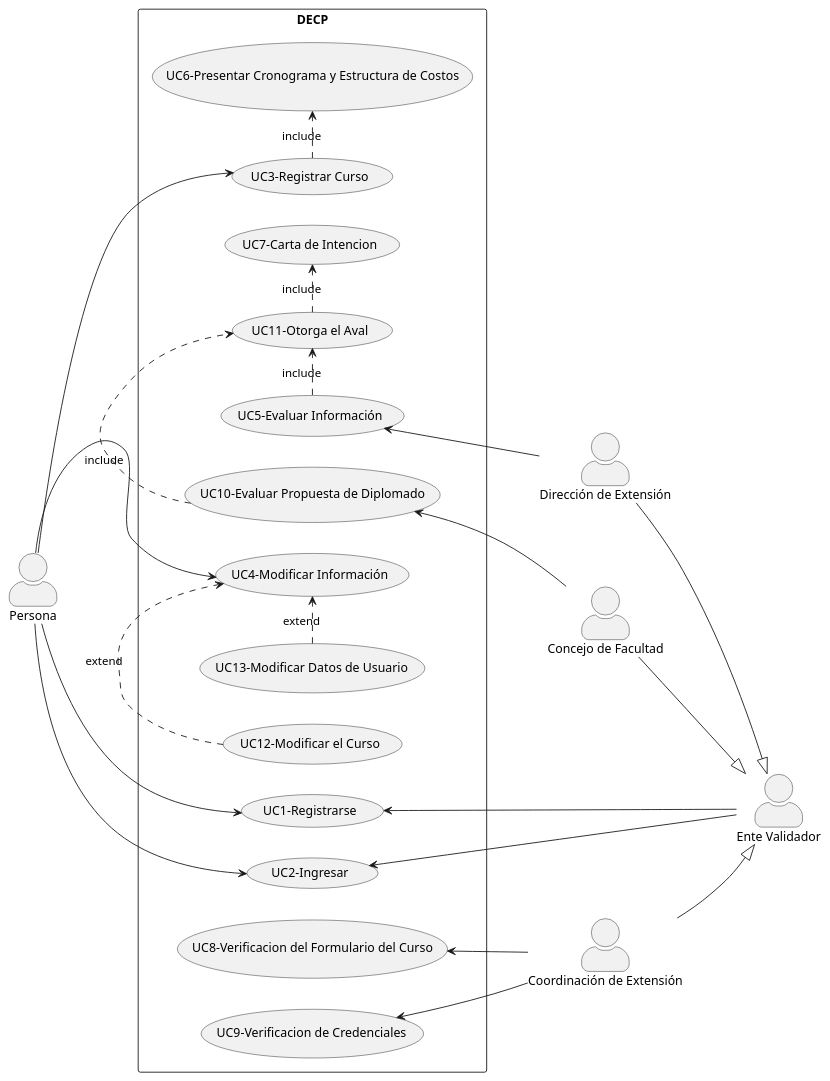
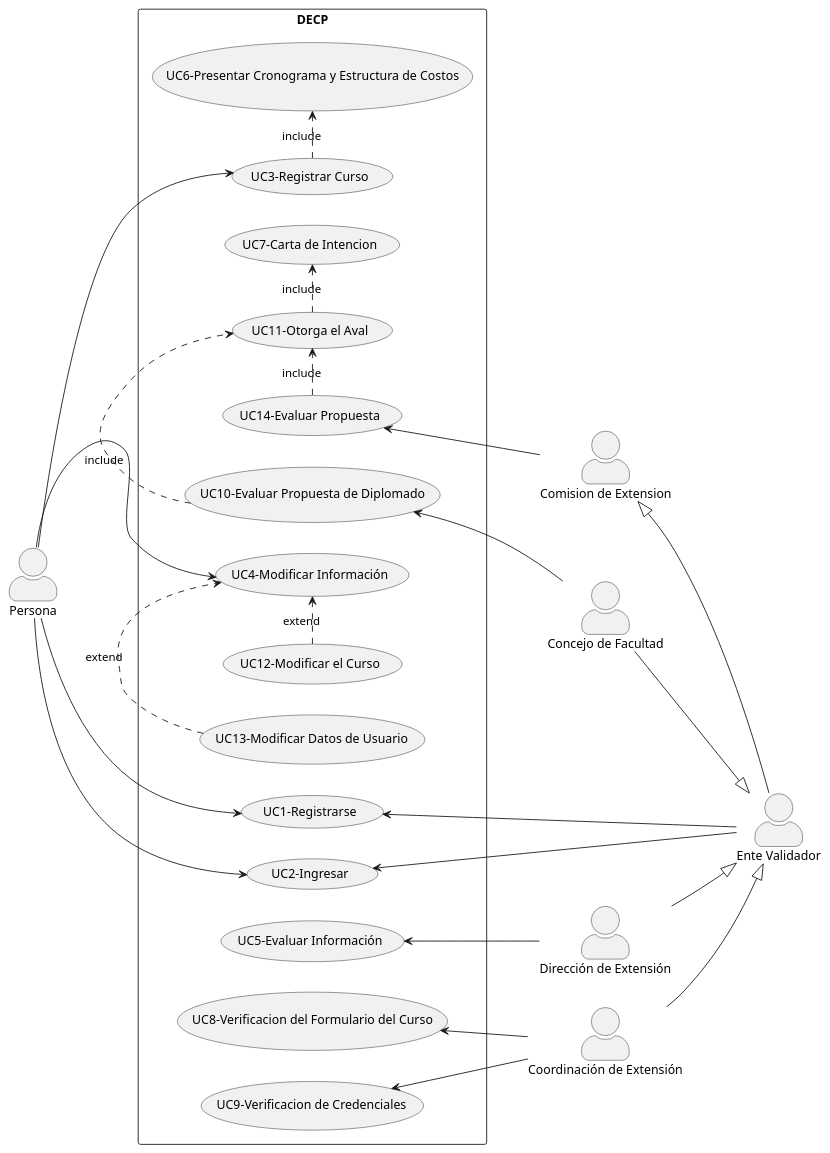
One commit to dalekprime/Ingenieria_de_Software_Equipo8 changed the diagram in Casos de usos - Entrega de Requisitos.wsd. Above: the diagram before and after it, drawn with PlantUML. The commit also changed 1 other file, not shown here.

```diff
--- a/Casos de usos - Entrega de Requisitos.wsd
+++ b/Casos de usos - Entrega de Requisitos.wsd
@@ -1,47 +1,49 @@
 @startuml usecase
 skinparam actorStyle awesome
 left to right direction
 :Persona: as a
 
 :Ente Validador: as e
 :Dirección de Extensión: as b
 :Coordinación de Extensión: as c
 :Concejo de Facultad: as d
-
+:Comision de Extension: as f
 
 rectangle DECP{
 (UC1-Registrarse) as 1
 (UC2-Ingresar) as 2 
 (UC3-Registrar Curso) as 3
 (UC6-Presentar Cronograma y Estructura de Costos) as 6
 (UC4-Modificar Información) as 4
 (UC5-Evaluar Información) as 5
 (UC7-Carta de Intencion) as 7
 (UC8-Verificacion del Formulario del Curso) as 8
 (UC9-Verificacion de Credenciales) as 9
 (UC10-Evaluar Propuesta de Diplomado) as 10
 (UC11-Otorga el Aval) as 11
 (UC12-Modificar el Curso) as 12
 (UC13-Modificar Datos de Usuario) as 13
+(UC14-Evaluar Propuesta) as 14
 }
-
+f <|-- e
 1 <-- e
 b --|> e
 c --|> e
 d --|> e
 a --> 1
 a --> 2
 e --> 2
 a --> 3
 a --> 4
 5 <-- b
 8 <-- c
 9 <-- c
 10 <-- d
 3 .> 6 : include
-5 .> 11 : include
+14 .> 11 : include
 10 .> 11 : include
 11 .> 7: include
 12 .> 4: extend
 13 .> 4: extend
+14 <-- f
 @enduml
```
